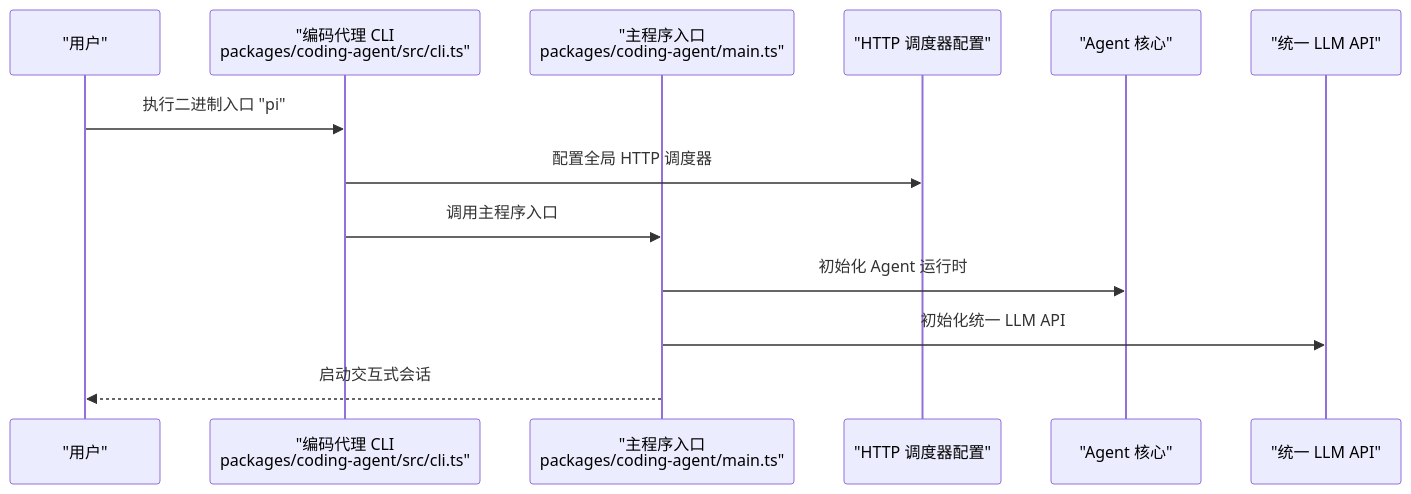
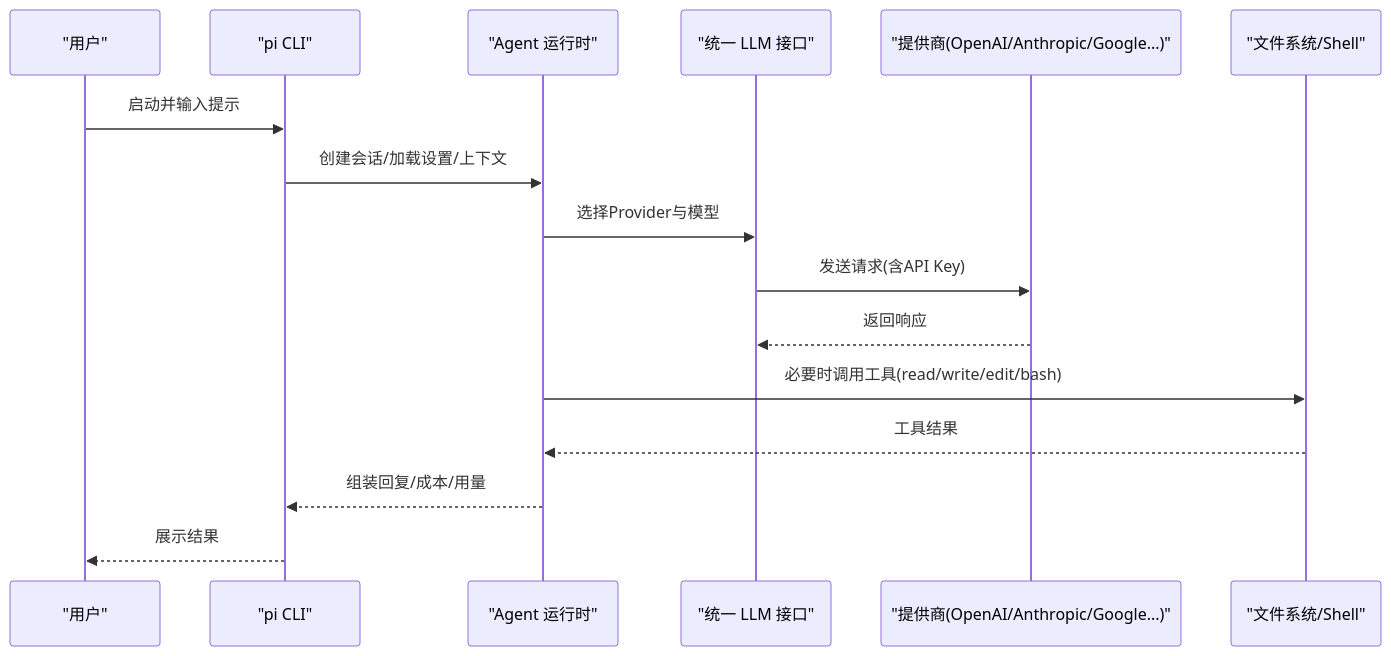
The second of 3 diagrams in .qoder/repowiki/zh/content/快速开始.md (haolange/pi), drawn with Mermaid before and after one commit. The commit also changed other lines of this file and 246 other files, not shown here.

````diff
--- a/.qoder/repowiki/zh/content/快速开始.md
+++ b/.qoder/repowiki/zh/content/快速开始.md
@@ -75,15 +65,18 @@
 ```mermaid
 sequenceDiagram
 participant U as "用户"
-participant CLI as "编码代理 CLI<br/>packages/coding-agent/src/cli.ts"
-participant Main as "主程序入口<br/>packages/coding-agent/main.ts"
-participant HTTP as "HTTP 调度器配置"
-participant Core as "Agent 核心"
-participant AI as "统一 LLM API"
-U->>CLI : 执行二进制入口 "pi"
-CLI->>HTTP : 配置全局 HTTP 调度器
-CLI->>Main : 调用主程序入口
-Main->>Core : 初始化 Agent 运行时
-Main->>AI : 初始化统一 LLM API
-Main-->>U : 启动交互式会话
+participant CLI as "pi CLI"
+participant AG as "Agent 运行时"
+participant AI as "统一 LLM 接口"
+participant PR as "提供商(OpenAI/Anthropic/Google...)"
+participant FS as "文件系统/Shell"
+U->>CLI : 启动并输入提示
+CLI->>AG : 创建会话/加载设置/上下文
+AG->>AI : 选择Provider与模型
+AI->>PR : 发送请求(含API Key)
+PR-->>AI : 返回响应
+AG->>FS : 必要时调用工具(read/write/edit/bash)
+FS-->>AG : 工具结果
+AG-->>CLI : 组装回复/成本/用量
+CLI-->>U : 展示结果
 ```
````
